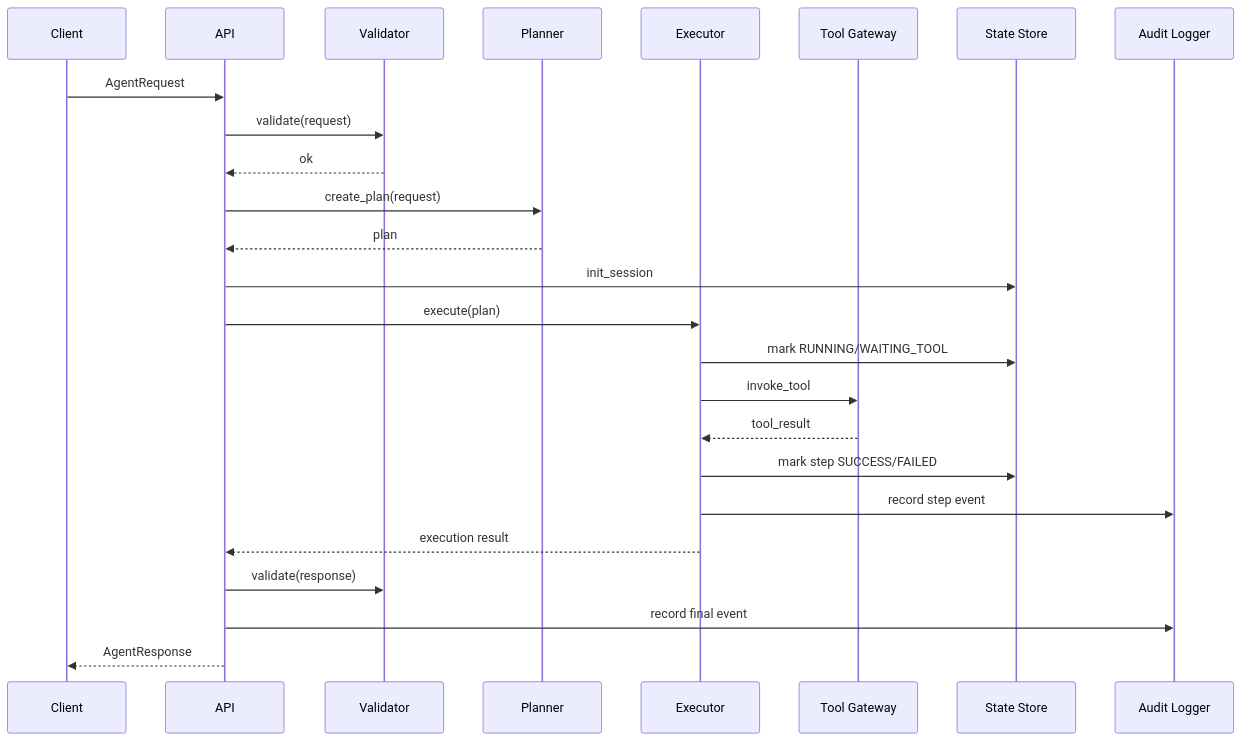
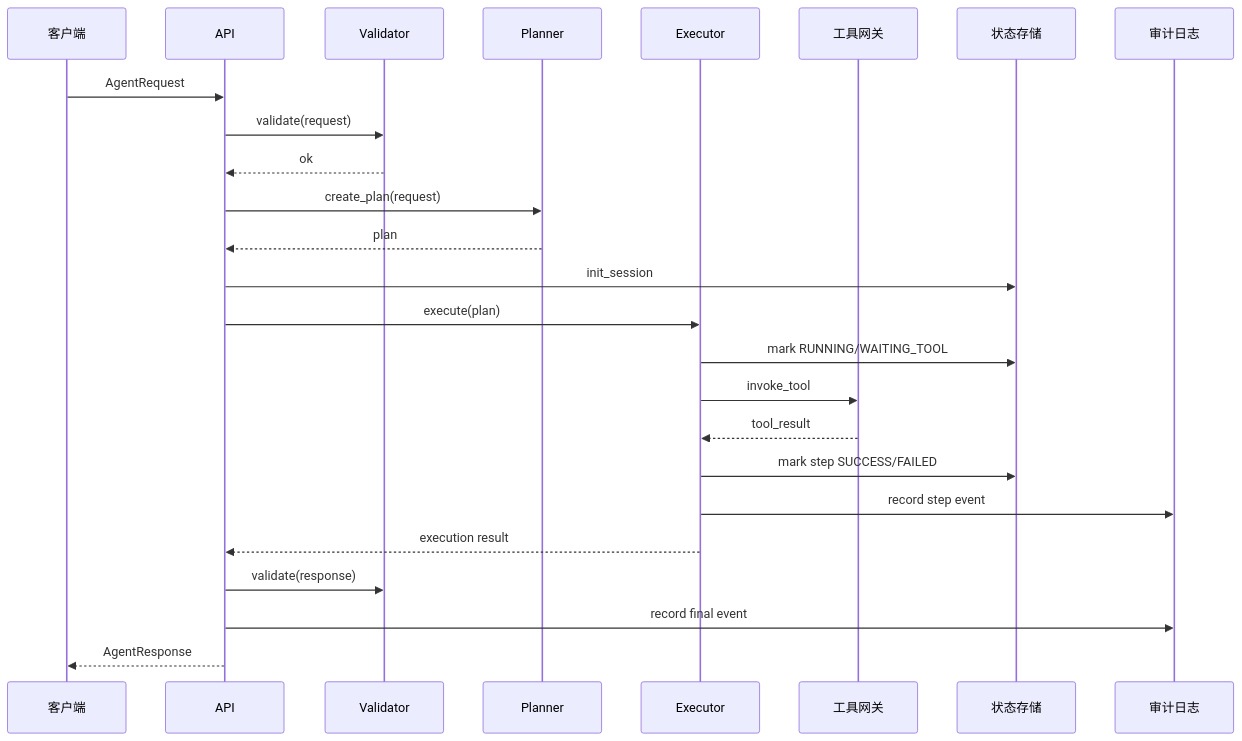
Before and after one commit to zhourui392/agent-learning: the diagram in agent-system/docs/architecture/sequence-main-flow.md, drawn with Mermaid. The commit also changed other lines of this file and 9 other files, not shown here.

````diff
--- a/agent-system/docs/architecture/sequence-main-flow.md
+++ b/agent-system/docs/architecture/sequence-main-flow.md
@@ -13,28 +13,28 @@
 ```mermaid
 sequenceDiagram
-    participant C as Client
+    participant C as 客户端
     participant A as API
     participant V as Validator
     participant P as Planner
     participant E as Executor
-    participant G as Tool Gateway
-    participant S as State Store
-    participant L as Audit Logger
+    participant G as 工具网关
+    participant S as 状态存储
+    participant L as 审计日志
 
     C->>A: AgentRequest
     A->>V: validate(request)
     V-->>A: ok
     A->>P: create_plan(request)
     P-->>A: plan
     A->>S: init_session
     A->>E: execute(plan)
     E->>S: mark RUNNING/WAITING_TOOL
     E->>G: invoke_tool
     G-->>E: tool_result
     E->>S: mark step SUCCESS/FAILED
     E->>L: record step event
     E-->>A: execution result
     A->>V: validate(response)
     A->>L: record final event
     A-->>C: AgentResponse
 ```
````
